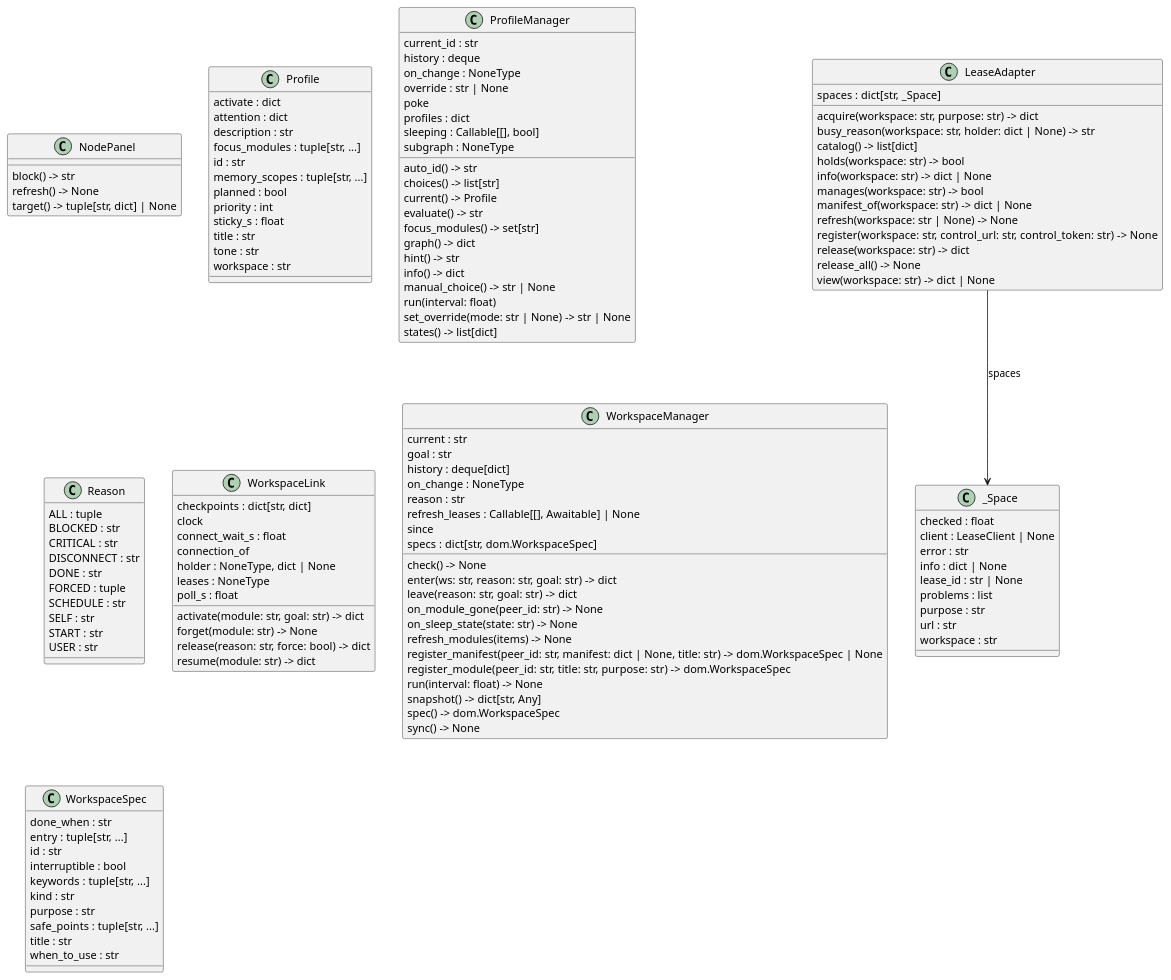
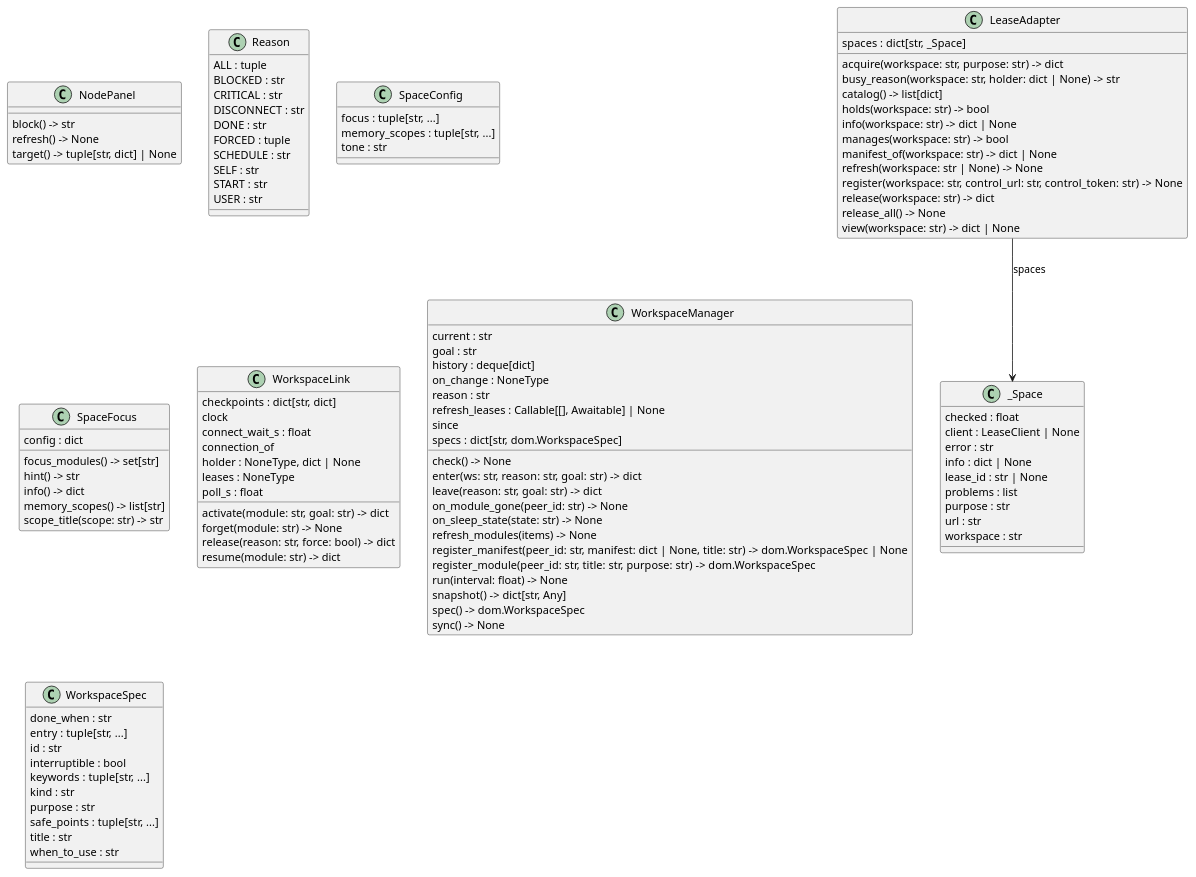
The diagram in docs/architecture/classes/services.spaces.puml (BuDum-Tss/GitS), drawn with PlantUML before and after one commit. The commit also changed 30 other files, not shown here.

Commit message:
Диаграмма использования классов, типы внедряемых полей

```diff
--- a/docs/architecture/classes/services.spaces.puml
+++ b/docs/architecture/classes/services.spaces.puml
@@ -1,130 +1,107 @@
 @startuml classes_services.spaces
 set namespaceSeparator none
 class "LeaseAdapter" as services.spaces.lease.LeaseAdapter {
   spaces : dict[str, _Space]
   acquire(workspace: str, purpose: str) -> dict
   busy_reason(workspace: str, holder: dict | None) -> str
   catalog() -> list[dict]
   holds(workspace: str) -> bool
   info(workspace: str) -> dict | None
   manages(workspace: str) -> bool
   manifest_of(workspace: str) -> dict | None
   refresh(workspace: str | None) -> None
   register(workspace: str, control_url: str, control_token: str) -> None
   release(workspace: str) -> dict
   release_all() -> None
   view(workspace: str) -> dict | None
 }
 class "NodePanel" as services.spaces.node_panel.NodePanel {
   block() -> str
   refresh() -> None
   target() -> tuple[str, dict] | None
 }
-class "Profile" as services.spaces.profile_manager.Profile {
-  activate : dict
-  attention : dict
-  description : str
-  focus_modules : tuple[str, ...]
-  id : str
-  memory_scopes : tuple[str, ...]
-  planned : bool
-  priority : int
-  sticky_s : float
-  title : str
-  tone : str
-  workspace : str
-}
-class "ProfileManager" as services.spaces.profile_manager.ProfileManager {
-  current_id : str
-  history : deque
-  on_change : NoneType
-  override : str | None
-  poke
-  profiles : dict
-  sleeping : Callable[[], bool]
-  subgraph : NoneType
-  auto_id() -> str
-  choices() -> list[str]
-  current() -> Profile
-  evaluate() -> str
-  focus_modules() -> set[str]
-  graph() -> dict
-  hint() -> str
-  info() -> dict
-  manual_choice() -> str | None
-  run(interval: float)
-  set_override(mode: str | None) -> str | None
-  states() -> list[dict]
-}
 class "Reason" as services.spaces.model.Reason {
   ALL : tuple
   BLOCKED : str
   CRITICAL : str
   DISCONNECT : str
   DONE : str
   FORCED : tuple
   SCHEDULE : str
   SELF : str
   START : str
   USER : str
+}
+class "SpaceConfig" as services.spaces.focus.SpaceConfig {
+  focus : tuple[str, ...]
+  memory_scopes : tuple[str, ...]
+  tone : str
+}
+class "SpaceFocus" as services.spaces.focus.SpaceFocus {
+  config : dict
+  focus_modules() -> set[str]
+  hint() -> str
+  info() -> dict
+  memory_scopes() -> list[str]
+  scope_title(scope: str) -> str
 }
 class "WorkspaceLink" as services.spaces.link.WorkspaceLink {
   checkpoints : dict[str, dict]
   clock
   connect_wait_s : float
   connection_of
   holder : NoneType, dict | None
   leases : NoneType
   poll_s : float
   activate(module: str, goal: str) -> dict
   forget(module: str) -> None
   release(reason: str, force: bool) -> dict
   resume(module: str) -> dict
 }
 class "WorkspaceManager" as services.spaces.manager.WorkspaceManager {
   current : str
   goal : str
   history : deque[dict]
   on_change : NoneType
   reason : str
   refresh_leases : Callable[[], Awaitable] | None
   since
   specs : dict[str, dom.WorkspaceSpec]
   check() -> None
   enter(ws: str, reason: str, goal: str) -> dict
   leave(reason: str, goal: str) -> dict
   on_module_gone(peer_id: str) -> None
   on_sleep_state(state: str) -> None
   refresh_modules(items) -> None
   register_manifest(peer_id: str, manifest: dict | None, title: str) -> dom.WorkspaceSpec | None
   register_module(peer_id: str, title: str, purpose: str) -> dom.WorkspaceSpec
   run(interval: float) -> None
   snapshot() -> dict[str, Any]
   spec() -> dom.WorkspaceSpec
   sync() -> None
 }
 class "WorkspaceSpec" as services.spaces.model.WorkspaceSpec {
   done_when : str
   entry : tuple[str, ...]
   id : str
   interruptible : bool
   keywords : tuple[str, ...]
   kind : str
   purpose : str
   safe_points : tuple[str, ...]
   title : str
   when_to_use : str
 }
 class "_Space" as services.spaces.lease._Space {
   checked : float
   client : LeaseClient | None
   error : str
   info : dict | None
   lease_id : str | None
   problems : list
   purpose : str
   url : str
   workspace : str
 }
 services.spaces.lease.LeaseAdapter --> services.spaces.lease._Space : spaces
 @enduml
```
